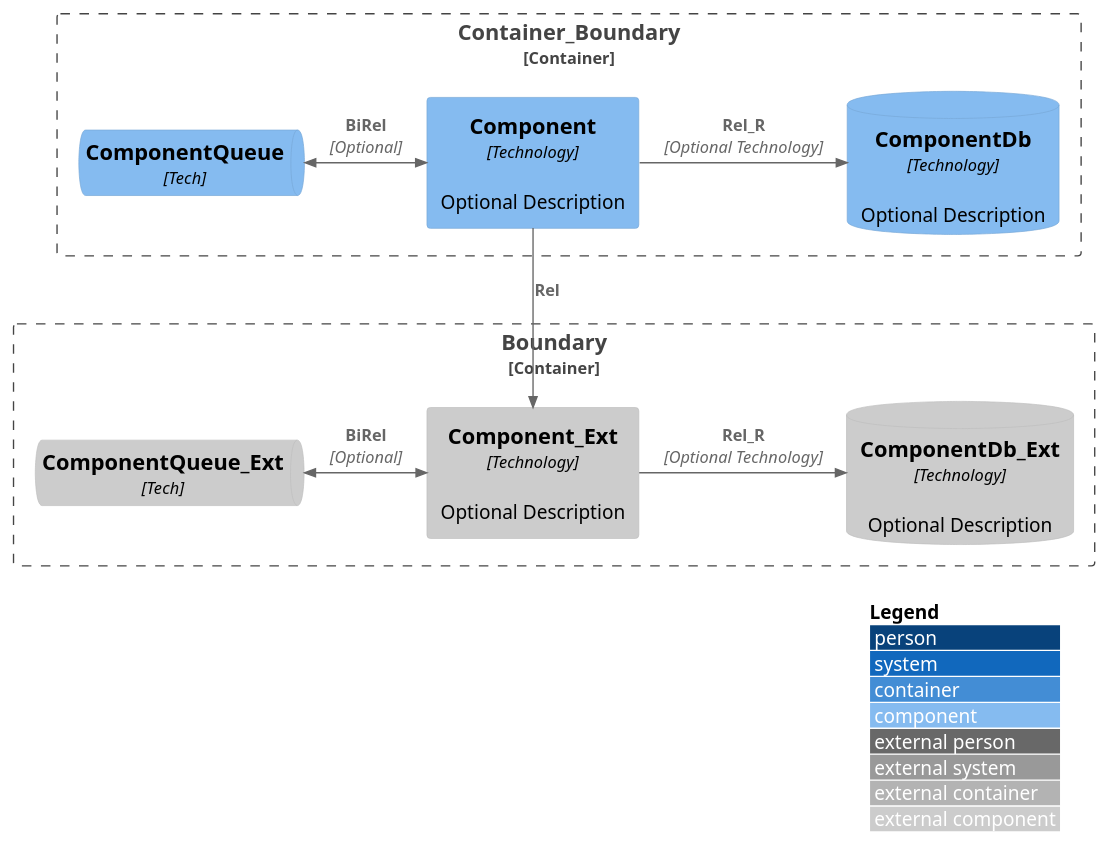
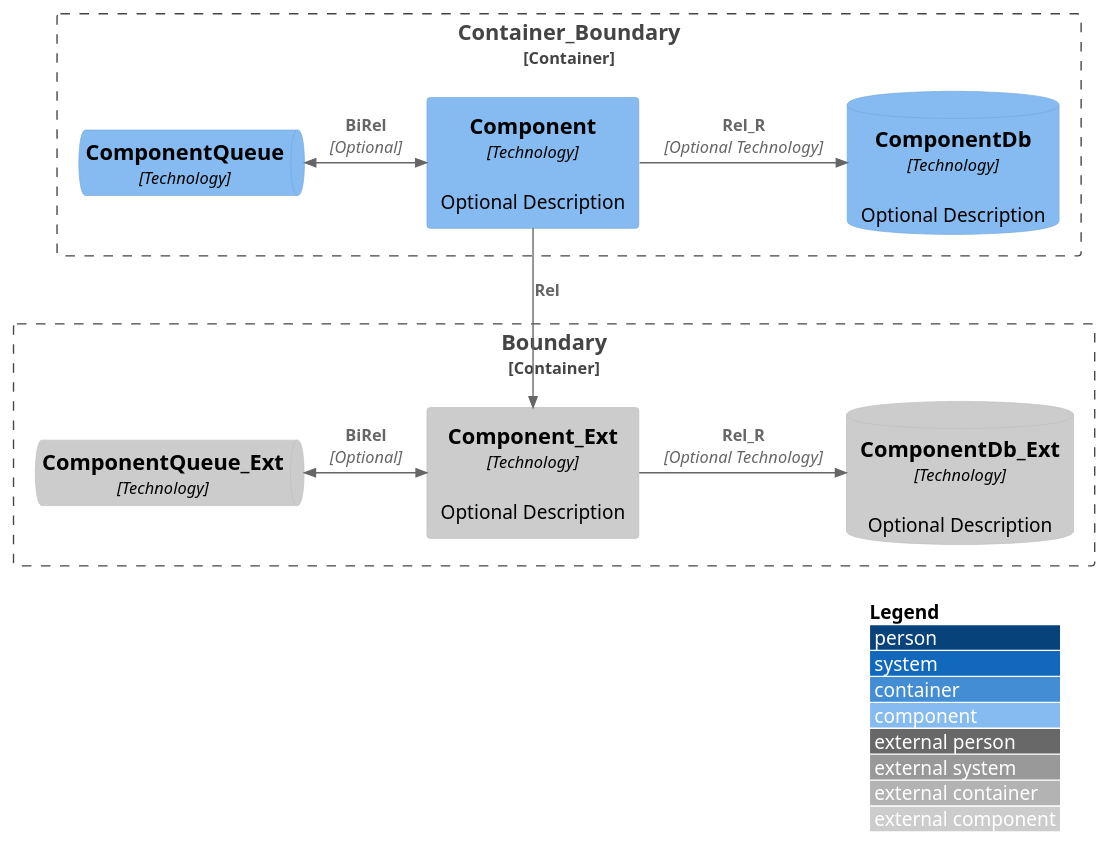
Before and after one commit to rolfkleef/drostan-antora-ui: the diagram in docs_drostan/modules/visual_style/examples/puml/c4-component.puml, drawn with PlantUML. The commit also changed 5 other files, not shown here.

```diff
--- a/docs_drostan/modules/visual_style/examples/puml/c4-component.puml
+++ b/docs_drostan/modules/visual_style/examples/puml/c4-component.puml
@@ -1,25 +1,25 @@
 @startuml
 !include <C4/C4_Component>
 
 LAYOUT_WITH_LEGEND()
 
 Container_Boundary(boundary1, "Container_Boundary", "Boundary type") {
   Component(component1, "Component", "Technology", "Optional Description")
-  ComponentQueue(cqueue, "ComponentQueue", "Tech")
+  ComponentQueue(cqueue, "ComponentQueue", "Technology")
   ComponentDb(cdb, "ComponentDb", "Technology", "Optional Description")
 
   Rel_R(component1, cdb, "Rel_R", "Optional Technology")
   BiRel_L(component1, cqueue, "BiRel", "Optional")
 }
 
 Container_Boundary(boundary2, "Boundary", "Boundary type") {
   Component_Ext(component2, "Component_Ext", "Technology", "Optional Description")
-  ComponentQueue_Ext(cqueue2, "ComponentQueue_Ext", "Tech")
+  ComponentQueue_Ext(cqueue2, "ComponentQueue_Ext", "Technology")
   ComponentDb_Ext(cdb2, "ComponentDb_Ext", "Technology", "Optional Description")
 
   Rel_R(component2, cdb2, "Rel_R", "Optional Technology")
   BiRel_L(component2, cqueue2, "BiRel", "Optional")
 }
 
 Rel(component1, component2, "Rel")
 @enduml
```
